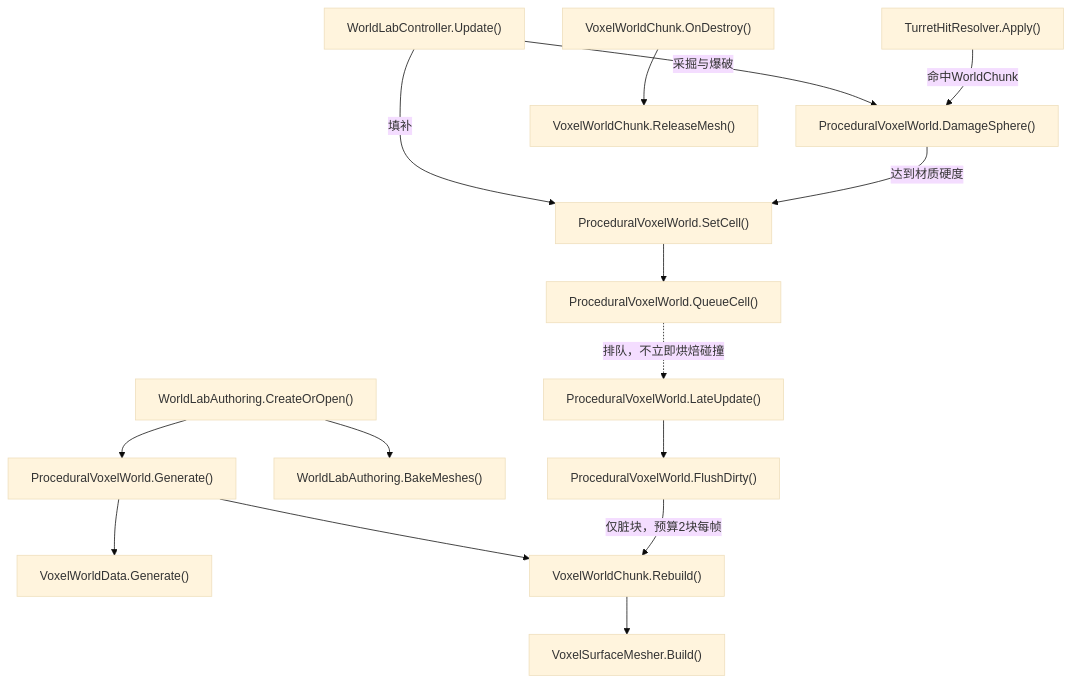
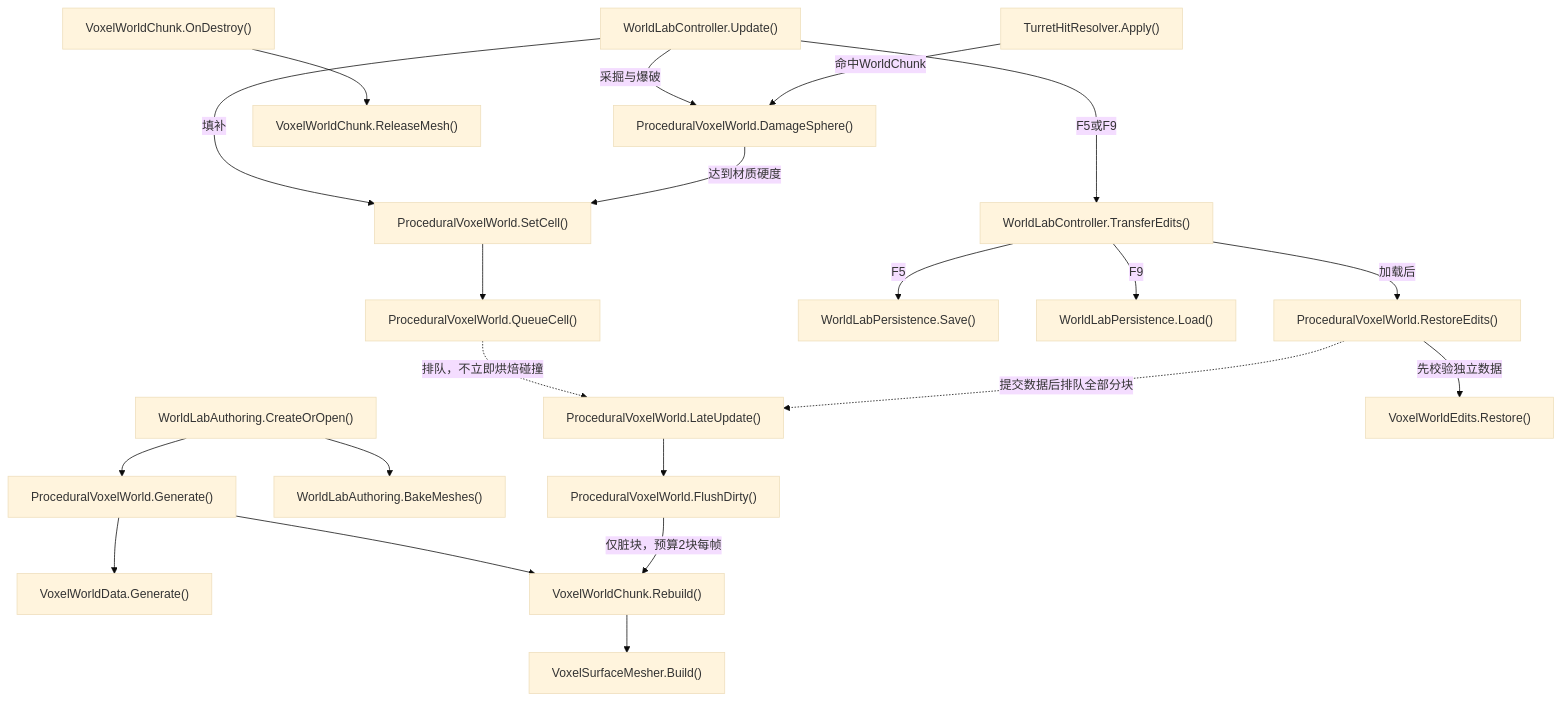
Before and after one commit to kukudia/HY-Sandbox: diagram 11 of 11 in Docs/RuntimeFlow.md, drawn with Mermaid (base theme). The commit also changed other lines of this file and 19 other files, not shown here.

First line of the commit message:
Persist world edits with atomic backups and validate restore before mutation

````diff
--- a/Docs/RuntimeFlow.md
+++ b/Docs/RuntimeFlow.md
@@ -1058,47 +1058,63 @@
 ```mermaid
 flowchart TD
     A["WorldLabAuthoring.CreateOrOpen()"]
     click A "../Assets/Editor/World/WorldLabAuthoring.cs#L13" "打开源码"
     B["ProceduralVoxelWorld.Generate()"]
     click B "../Assets/Scripts/Features/World/ProceduralVoxelWorld.cs#L53" "打开源码"
     C["VoxelWorldData.Generate()"]
     click C "../Assets/Scripts/Features/World/VoxelWorldData.cs#L66" "打开源码"
     D["VoxelWorldChunk.Rebuild()"]
     click D "../Assets/Scripts/Features/World/VoxelWorldChunk.cs#L18" "打开源码"
     E["VoxelSurfaceMesher.Build()"]
     click E "../Assets/Scripts/Features/World/VoxelSurfaceMesher.cs#L63" "打开源码"
     F["WorldLabAuthoring.BakeMeshes()"]
     click F "../Assets/Editor/World/WorldLabAuthoring.cs#L98" "打开源码"
     G["WorldLabController.Update()"]
-    click G "../Assets/Scripts/Features/World/WorldLabController.cs#L51" "打开源码"
+    click G "../Assets/Scripts/Features/World/WorldLabController.cs#L53" "打开源码"
     H["ProceduralVoxelWorld.DamageSphere()"]
-    click H "../Assets/Scripts/Features/World/ProceduralVoxelWorld.cs#L146" "打开源码"
+    click H "../Assets/Scripts/Features/World/ProceduralVoxelWorld.cs#L169" "打开源码"
     I["ProceduralVoxelWorld.SetCell()"]
-    click I "../Assets/Scripts/Features/World/ProceduralVoxelWorld.cs#L133" "打开源码"
+    click I "../Assets/Scripts/Features/World/ProceduralVoxelWorld.cs#L138" "打开源码"
     J["ProceduralVoxelWorld.QueueCell()"]
-    click J "../Assets/Scripts/Features/World/ProceduralVoxelWorld.cs#L200" "打开源码"
+    click J "../Assets/Scripts/Features/World/ProceduralVoxelWorld.cs#L223" "打开源码"
     K["ProceduralVoxelWorld.LateUpdate()"]
-    click K "../Assets/Scripts/Features/World/ProceduralVoxelWorld.cs#L222" "打开源码"
+    click K "../Assets/Scripts/Features/World/ProceduralVoxelWorld.cs#L245" "打开源码"
     L["ProceduralVoxelWorld.FlushDirty()"]
-    click L "../Assets/Scripts/Features/World/ProceduralVoxelWorld.cs#L227" "打开源码"
+    click L "../Assets/Scripts/Features/World/ProceduralVoxelWorld.cs#L250" "打开源码"
     M["TurretHitResolver.Apply()"]
     click M "../Assets/Scripts/Features/Combat/TurretHitResolver.cs#L7" "打开源码"
     N["VoxelWorldChunk.OnDestroy()"]
     click N "../Assets/Scripts/Features/World/VoxelWorldChunk.cs#L41" "打开源码"
     O["VoxelWorldChunk.ReleaseMesh()"]
     click O "../Assets/Scripts/Features/World/VoxelWorldChunk.cs#L46" "打开源码"
+    P["WorldLabController.TransferEdits()"]
+    click P "../Assets/Scripts/Features/World/WorldLabController.cs#L156" "打开源码"
+    Q["WorldLabPersistence.Save()"]
+    click Q "../Assets/Scripts/Features/World/WorldLabPersistence.cs#L10" "打开源码"
+    R["WorldLabPersistence.Load()"]
+    click R "../Assets/Scripts/Features/World/WorldLabPersistence.cs#L42" "打开源码"
+    S["ProceduralVoxelWorld.RestoreEdits()"]
+    click S "../Assets/Scripts/Features/World/ProceduralVoxelWorld.cs#L155" "打开源码"
+    T["VoxelWorldEdits.Restore()"]
+    click T "../Assets/Scripts/Features/World/VoxelWorldEdits.cs#L52" "打开源码"
     A --> B
     B --> C
     B --> D
     D --> E
     A --> F
     G -->|采掘与爆破| H
     G -->|填补| I
     M -->|命中WorldChunk| H
     H -->|达到材质硬度| I
     I --> J
     J -.->|排队，不立即烘焙碰撞| K
     K --> L
     L -->|仅脏块，预算2块每帧| D
     N --> O
+    G -->|F5或F9| P
+    P -->|F5| Q
+    P -->|F9| R
+    P -->|加载后| S
+    S -->|先校验独立数据| T
+    S -.->|提交数据后排队全部分块| K
 ```
````
